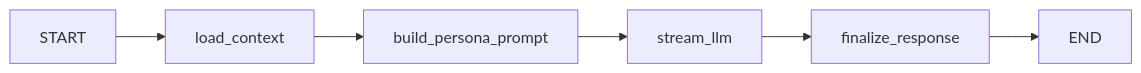
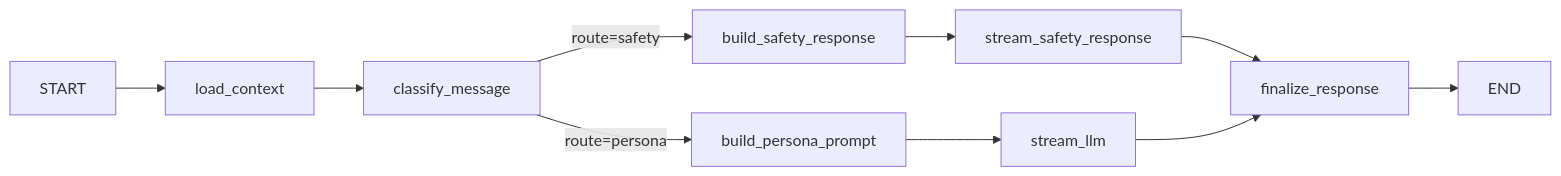
One commit to fuweiwa3-code/mio changed the second of 4 diagrams in docs/development/chat-backend.md. Above: the diagram before and after it, drawn with Mermaid. The commit also changed other lines of this file and 13 other files, not shown here.

````diff
--- a/docs/development/chat-backend.md
+++ b/docs/development/chat-backend.md
@@ -131,8 +585,12 @@
 ```mermaid
 flowchart LR
     A["START"] --> B["load_context"]
-    B --> C["build_persona_prompt"]
-    C --> D["stream_llm"]
-    D --> E["finalize_response"]
-    E --> F["END"]
+    B --> C["classify_message"]
+    C -->|route=safety| D["build_safety_response"]
+    C -->|route=persona| E["build_persona_prompt"]
+    D --> F["stream_safety_response"]
+    E --> G["stream_llm"]
+    F --> H["finalize_response"]
+    G --> H
+    H --> I["END"]
 ```
````
